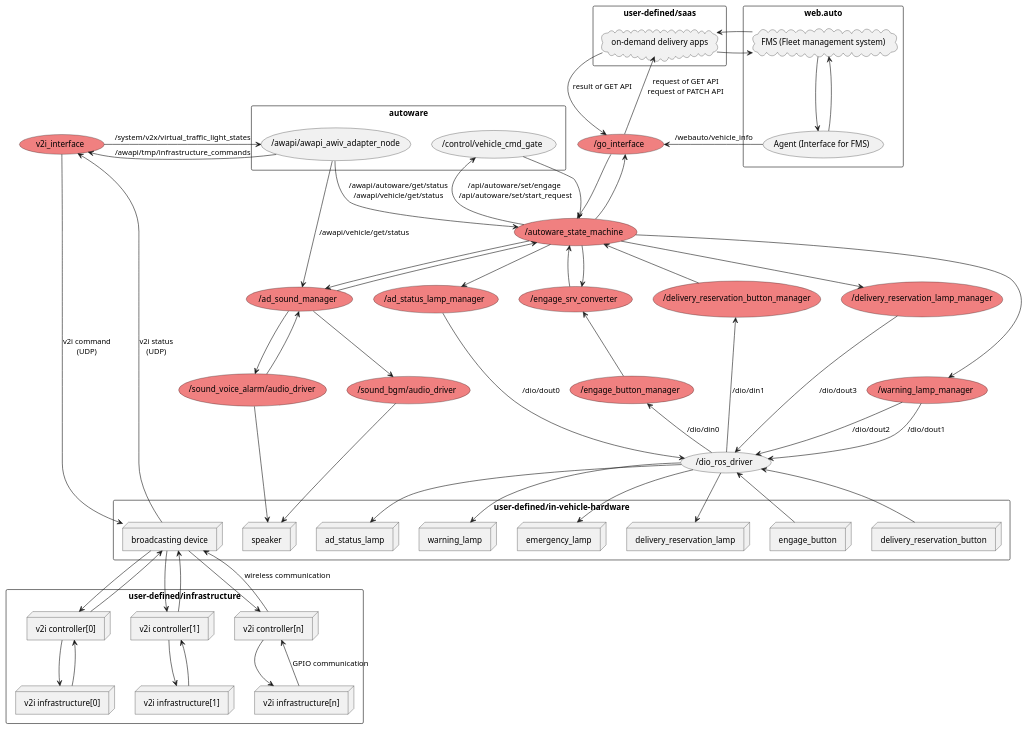
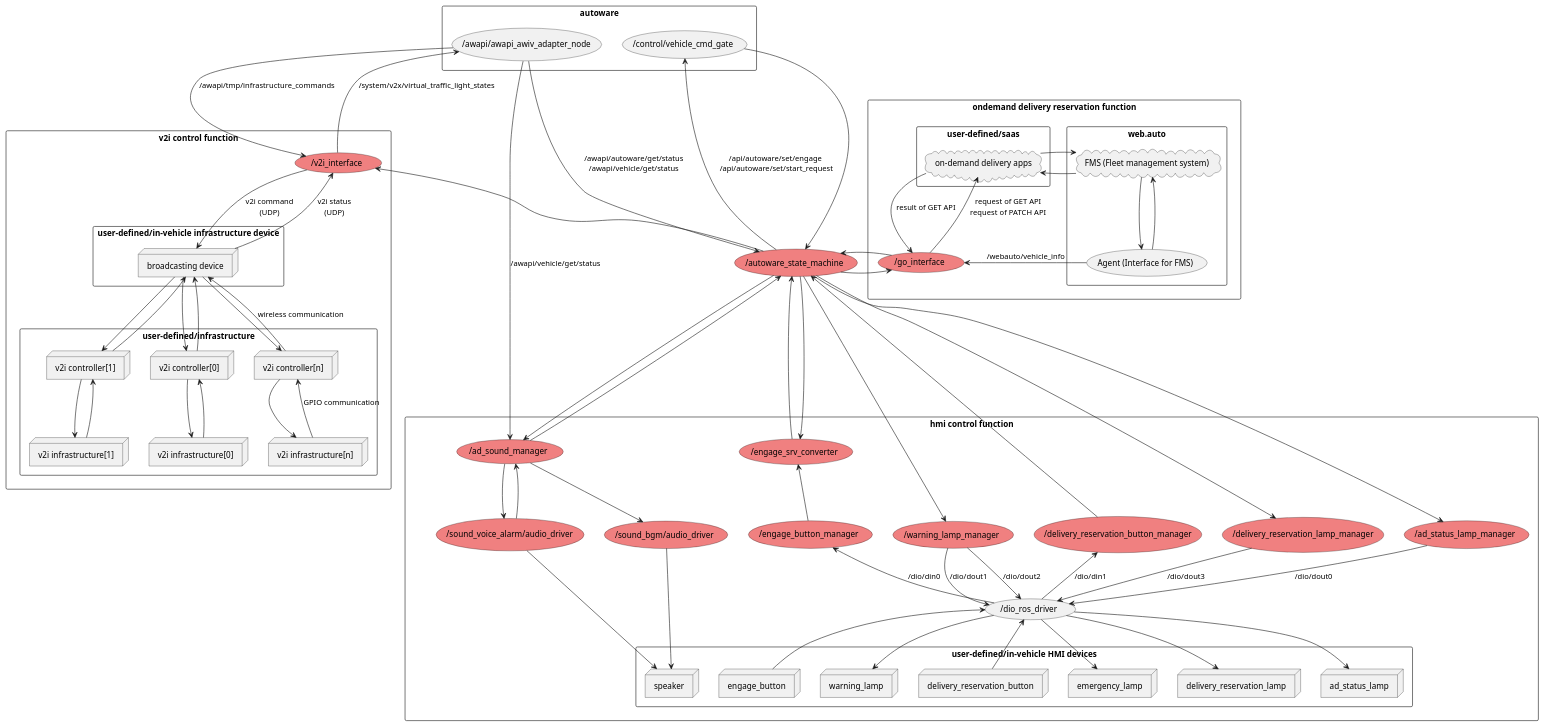
The diagram in docs/node_graph.pu (tier4/proj_launch), drawn with PlantUML before and after one commit.

Commit message:
chore(readme): update node graph

```diff
--- a/docs/node_graph.pu
+++ b/docs/node_graph.pu
@@ -1,119 +1,146 @@
 @startuml
 rectangle "autoware" {
   usecase "/awapi/awapi_awiv_adapter_node"
   usecase "/control/vehicle_cmd_gate"
 }
 
-rectangle "web.auto" {
-  cloud "FMS (Fleet management system)" as FMS
-  usecase "Agent (Interface for FMS)" as Agent
-}
-rectangle "user-defined/saas" {
-  cloud "on-demand delivery apps" as DeliveryApp
+rectangle "v2i control function" {
+  usecase "/v2i_interface" #LightCoral
+  rectangle "user-defined/in-vehicle infrastructure device" {
+    node "broadcasting device"
+  }
+  rectangle "user-defined/infrastructure" {
+    node "v2i controller[0]" as v2ictl_0
+    node "v2i controller[1]" as v2ictl_1
+    node "v2i controller[n]" as v2ictl_n
+    node "v2i infrastructure[0]" as v2ihw_0
+    node "v2i infrastructure[1]" as v2ihw_1
+    node "v2i infrastructure[n]" as v2ihw_n
+  }
 }
 
-rectangle "user-defined/in-vehicle-hardware" {
-  node "broadcasting device"
-  node "speaker"
-  node "ad_status_lamp"
-  node "warning_lamp"
-  node "emergency_lamp"
-  node "delivery_reservation_lamp"
-  node "engage_button"
-  node "delivery_reservation_button"
+rectangle "ondemand delivery reservation function" {
+  rectangle "web.auto" {
+    cloud "FMS (Fleet management system)" as FMS
+    usecase "Agent (Interface for FMS)" as Agent
+  }
+  rectangle "user-defined/saas" {
+    cloud "on-demand delivery apps" as DeliveryApp
+  }
+  usecase "/go_interface" #LightCoral
 }
 
-rectangle "user-defined/infrastructure" {
-  node "v2i controller[0]" as v2ictl_0
-  node "v2i controller[1]" as v2ictl_1
-  node "v2i controller[n]" as v2ictl_n
-  node "v2i infrastructure[0]" as v2ihw_0
-  node "v2i infrastructure[1]" as v2ihw_1
-  node "v2i infrastructure[n]" as v2ihw_n
+usecase "/autoware_state_machine" #LightCoral
+
+rectangle "hmi control function" {
+  usecase "/ad_sound_manager" #LightCoral
+  usecase "/sound_voice_alarm/audio_driver" #LightCoral
+  usecase "/sound_bgm/audio_driver" #LightCoral
+  usecase "/ad_status_lamp_manager" #LightCoral
+  usecase "/engage_button_manager" #LightCoral
+  usecase "/delivery_reservation_button_manager" #LightCoral
+  usecase "/engage_srv_converter" #LightCoral
+  usecase "/delivery_reservation_lamp_manager" #LightCoral
+  usecase "/warning_lamp_manager" #LightCoral
+
+  usecase "/dio_ros_driver" as (/dio_ros_driver)
+
+  rectangle "user-defined/in-vehicle HMI devices" {
+    node "speaker"
+    node "ad_status_lamp"
+    node "warning_lamp"
+    node "emergency_lamp"
+    node "delivery_reservation_lamp"
+    node "engage_button"
+    node "delivery_reservation_button"
+  }
 }
 
-usecase "v2i_interface" #LightCoral
-usecase "/go_interface" #LightCoral
-usecase "/autoware_state_machine" #LightCoral
-usecase "/ad_sound_manager" #LightCoral
-usecase "/sound_voice_alarm/audio_driver" #LightCoral
-usecase "/sound_bgm/audio_driver" #LightCoral
-usecase "/ad_status_lamp_manager" #LightCoral
-usecase "/engage_button_manager" #LightCoral
-usecase "/delivery_reservation_button_manager" #LightCoral
-usecase "/engage_srv_converter" #LightCoral
-usecase "/delivery_reservation_lamp_manager" #LightCoral
-usecase "/warning_lamp_manager" #LightCoral
+(/v2i_interface) -[hidden] (/ad_sound_manager)
+(/engage_srv_converter) -[hidden] (/v2i_interface)
+(/ad_sound_manager) -[hidden] (/engage_srv_converter)
+(broadcasting device) -[hidden] (speaker)
 
-usecase "/dio_ros_driver"
+(/delivery_reservation_lamp_manager) --[hidden] (delivery_reservation_lamp)
+(/ad_status_lamp_manager) --[hidden] (ad_status_lamp)
+(/engage_button_manager) --[hidden] (engage_button)
+(/warning_lamp_manager) --[hidden] (emergency_lamp)
+(/warning_lamp_manager) ---[hidden] (warning_lamp)
+(/ad_sound_manager) --[hidden] (speaker)
 
-(v2i_interface) <- (/awapi/awapi_awiv_adapter_node) : /awapi/tmp/infrastructure_commands
-(v2i_interface) -> (/awapi/awapi_awiv_adapter_node) : /system/v2x/virtual_traffic_light_states
-(v2i_interface) --> (broadcasting device) : v2i command\n(UDP)
-(v2i_interface) <-- (broadcasting device) : v2i status\n(UDP)
+(/awapi/awapi_awiv_adapter_node) --> (/v2i_interface) : /awapi/tmp/infrastructure_commands
+(/awapi/awapi_awiv_adapter_node) <-- (/v2i_interface) : /system/v2x/virtual_traffic_light_states
+(/v2i_interface) --> (broadcasting device) : v2i command\n(UDP)
+(/v2i_interface) <-- (broadcasting device) : v2i status\n(UDP)
+(/v2i_interface) <--- (/autoware_state_machine)
+
 (broadcasting device) --> (v2ictl_0)
 (broadcasting device) <-- (v2ictl_0)
 (broadcasting device) --> (v2ictl_1)
 (broadcasting device) <-- (v2ictl_1)
 (broadcasting device) --> (v2ictl_n)
 (broadcasting device) <-- (v2ictl_n) : wireless communication
-
-(/awapi/awapi_awiv_adapter_node) -[hidden] (/control/vehicle_cmd_gate)
-(/awapi/awapi_awiv_adapter_node) --> (/ad_sound_manager) : /awapi/vehicle/get/status
-(/autoware_state_machine) --> (/ad_sound_manager)
-(/autoware_state_machine) <-- (/ad_sound_manager)
-(/ad_sound_manager) --> (/sound_voice_alarm/audio_driver)
-(/ad_sound_manager) <-- (/sound_voice_alarm/audio_driver)
-(/ad_sound_manager) --> (/sound_bgm/audio_driver)
-(/sound_voice_alarm/audio_driver) --> (speaker)
-(/sound_bgm/audio_driver) --> (speaker)
 
 (/autoware_state_machine) --> (/ad_status_lamp_manager)
 (/ad_status_lamp_manager) --> (/dio_ros_driver) : /dio/dout0
 
 (/delivery_reservation_button_manager) <-- (/dio_ros_driver): /dio/din1
 (/autoware_state_machine) <-- (/delivery_reservation_button_manager)
 (/engage_button_manager) <-- (/dio_ros_driver): /dio/din0
 (/engage_srv_converter) <-- (/engage_button_manager)
 
 (/autoware_state_machine) --> (/delivery_reservation_lamp_manager)
 (/delivery_reservation_lamp_manager) --> (/dio_ros_driver) : /dio/dout3
 
 (/autoware_state_machine) <-- (/engage_srv_converter)
 (/autoware_state_machine) --> (/engage_srv_converter) 
 (/control/vehicle_cmd_gate) <-- (/autoware_state_machine) : /api/autoware/set/engage\n /api/autoware/set/start_request
 (/control/vehicle_cmd_gate) --> (/autoware_state_machine) 
 
-(DeliveryApp) -> (FMS)
-(DeliveryApp) <- (FMS)
+(/awapi/awapi_awiv_adapter_node) -[hidden] (/control/vehicle_cmd_gate)
+(/awapi/awapi_awiv_adapter_node) --> (/ad_sound_manager) : /awapi/vehicle/get/status
+(/autoware_state_machine) ---> (/ad_sound_manager)
+(/autoware_state_machine) <--- (/ad_sound_manager)
+(/ad_sound_manager) --> (/sound_voice_alarm/audio_driver)
+(/ad_sound_manager) <-- (/sound_voice_alarm/audio_driver)
+(/ad_sound_manager) --> (/sound_bgm/audio_driver)
+(/sound_voice_alarm/audio_driver) --> (speaker)
+(/sound_bgm/audio_driver) --> (speaker)
+
+(FMS) -> (DeliveryApp)
+(FMS) <- (DeliveryApp)
 (FMS) --> (Agent)
 (FMS) <-- (Agent)
-(/go_interface) <- (Agent): /webauto/vehicle_info
+(Agent) -> (/go_interface) : /webauto/vehicle_info
 (DeliveryApp) -->  (/go_interface) : result of GET API
-(/go_interface) --> (DeliveryApp) : request of GET API\nrequest of PATCH API
-(/go_interface) --> (/autoware_state_machine)
-(/go_interface) <-- (/autoware_state_machine)
+(DeliveryApp) <-- (/go_interface) : request of GET API\nrequest of PATCH API
+(/autoware_state_machine) -> (/go_interface)
+(/autoware_state_machine) <- (/go_interface)
 
+(broadcasting device) -[hidden] (v2ictl_1)
 (v2ictl_0) -[hidden] (v2ictl_1)
 (v2ictl_1) -[hidden] (v2ictl_n)
+(v2ictl_n) --[hidden] (/ad_sound_manager)
+
 
 (v2ictl_0) --> (v2ihw_0)
 (v2ictl_0) <-- (v2ihw_0)
 (v2ictl_1) --> (v2ihw_1)
 (v2ictl_1) <-- (v2ihw_1)
 (v2ictl_n) --> (v2ihw_n)
 (v2ictl_n) <-- (v2ihw_n) : GPIO communication
 
 (/autoware_state_machine) --> (/warning_lamp_manager)
 (/warning_lamp_manager) --> (/dio_ros_driver) : /dio/dout2
 (/warning_lamp_manager) --> (/dio_ros_driver) : /dio/dout1
 
 (/dio_ros_driver) --> (ad_status_lamp)
 (/dio_ros_driver) --> (warning_lamp)
 (/dio_ros_driver) --> (emergency_lamp)
 (/dio_ros_driver) --> (delivery_reservation_lamp)
 (/dio_ros_driver) <-- (engage_button)
 (/dio_ros_driver) <-- (delivery_reservation_button)
 
 (/awapi/awapi_awiv_adapter_node) --> (/autoware_state_machine) : /awapi/autoware/get/status\n/awapi/vehicle/get/status
+
 @enduml
```
